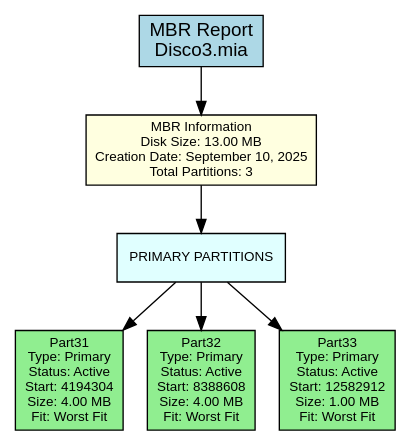
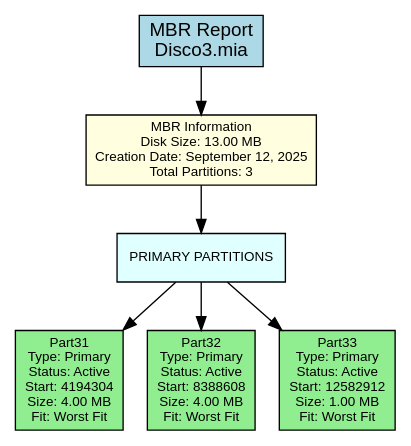
One commit to DiegVas/MIA_2S2025_P1_202300638 changed the diagram in backend/provider/reports/src/mbr_382B.dot. Above: the diagram before and after it, drawn with Graphviz. The commit also changed 10 other files, not shown here.

```diff
--- a/backend/provider/reports/src/mbr_382B.dot
+++ b/backend/provider/reports/src/mbr_382B.dot
@@ -1,22 +1,22 @@
 digraph MBR_Report {
     rankdir=TB;
     node [shape=box, style=filled];
     graph [fontname="Arial", fontsize=12];
     node [fontname="Arial", fontsize=10];
     edge [fontname="Arial"];
 
     title [label="MBR Report\nDisco3.mia", fillcolor=lightblue, fontsize=14];
 
-    mbr_info [label="MBR Information\nDisk Size: 13.00 MB\nCreation Date: September 10, 2025\nTotal Partitions: 3", fillcolor=lightyellow];
+    mbr_info [label="MBR Information\nDisk Size: 13.00 MB\nCreation Date: September 12, 2025\nTotal Partitions: 3", fillcolor=lightyellow];
 
     primary_section [label="PRIMARY PARTITIONS", shape=box, style=filled, fillcolor=lightcyan];
     primary_0 [label="Part31\nType: Primary\nStatus: Active\nStart: 4194304\nSize: 4.00 MB\nFit: Worst Fit", fillcolor=lightgreen];
     primary_section -> primary_0;
     primary_1 [label="Part32\nType: Primary\nStatus: Active\nStart: 8388608\nSize: 4.00 MB\nFit: Worst Fit", fillcolor=lightgreen];
     primary_section -> primary_1;
     primary_2 [label="Part33\nType: Primary\nStatus: Active\nStart: 12582912\nSize: 1.00 MB\nFit: Worst Fit", fillcolor=lightgreen];
     primary_section -> primary_2;
 
     title -> mbr_info;
     mbr_info -> primary_section;
 }
```
